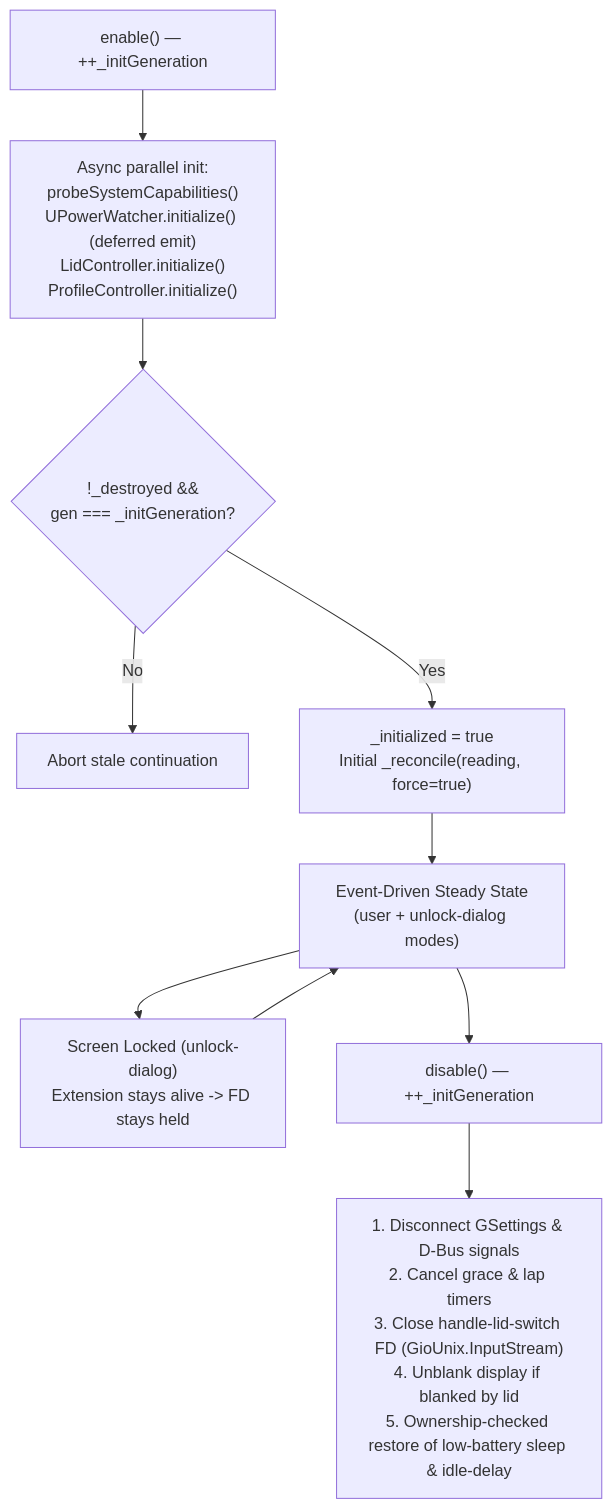
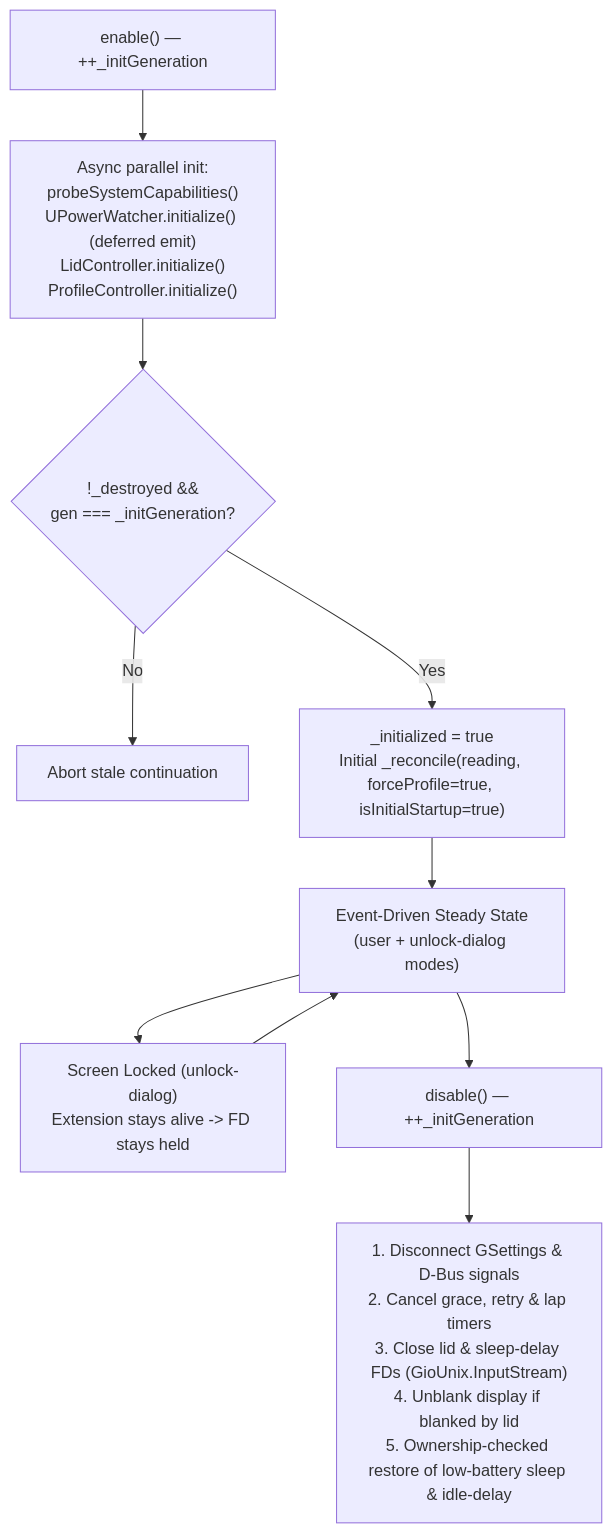
Before and after one commit to Uripeer3/gnome-power-states: the first of 3 diagrams in docs/architecture.md, drawn with Mermaid. The commit also changed other lines of this file and 3 other files, not shown here.

Commit message:
Sync docs, Mermaid diagram, and MPRIS schema description with codebase

````diff
--- a/docs/architecture.md
+++ b/docs/architecture.md
@@ -33,12 +33,12 @@
 ```mermaid
 flowchart TD
     EN["enable() — ++_initGeneration"] --> INIT["Async parallel init:<br/>probeSystemCapabilities()<br/>UPowerWatcher.initialize() (deferred emit)<br/>LidController.initialize()<br/>ProfileController.initialize()"]
     INIT --> GEN{"!_destroyed &&<br/>gen === _initGeneration?"}
     GEN -- No --> DROP["Abort stale continuation"]
-    GEN -- Yes --> READY["_initialized = true<br/>Initial _reconcile(reading, force=true)"]
+    GEN -- Yes --> READY["_initialized = true<br/>Initial _reconcile(reading, forceProfile=true, isInitialStartup=true)"]
     READY --> LIVE["Event-Driven Steady State<br/>(user + unlock-dialog modes)"]
     LIVE --> LOCK["Screen Locked (unlock-dialog)<br/>Extension stays alive -> FD stays held"]
     LOCK --> LIVE
     LIVE --> DIS["disable() — ++_initGeneration"]
-    DIS --> CLEAN["1. Disconnect GSettings & D-Bus signals<br/>2. Cancel grace & lap timers<br/>3. Close handle-lid-switch FD (GioUnix.InputStream)<br/>4. Unblank display if blanked by lid<br/>5. Ownership-checked restore of low-battery sleep & idle-delay"]
+    DIS --> CLEAN["1. Disconnect GSettings & D-Bus signals<br/>2. Cancel grace, retry & lap timers<br/>3. Close lid & sleep-delay FDs (GioUnix.InputStream)<br/>4. Unblank display if blanked by lid<br/>5. Ownership-checked restore of low-battery sleep & idle-delay"]
 ```
````
